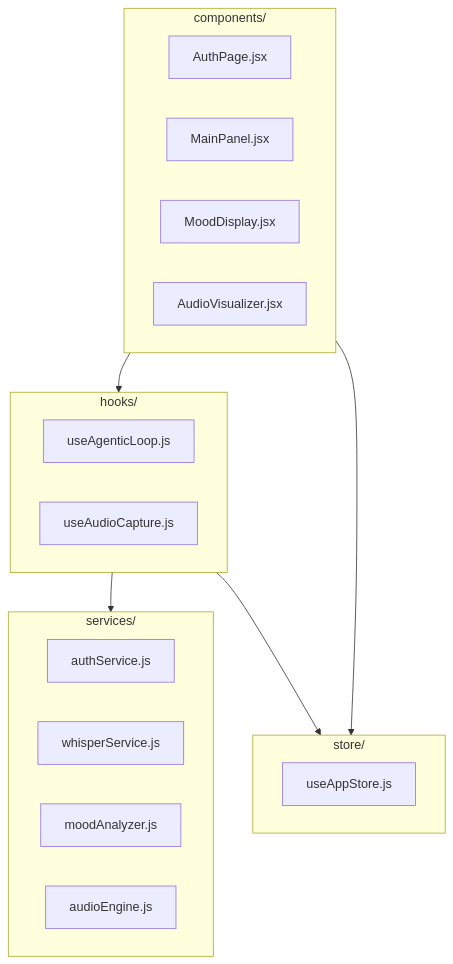
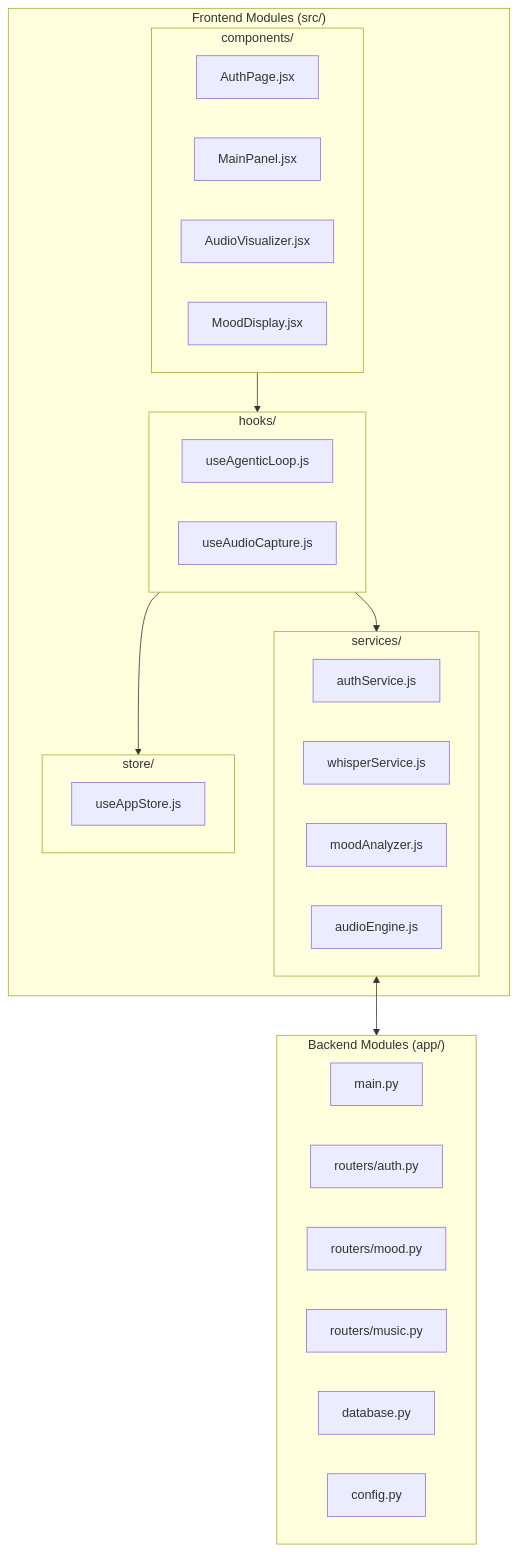
Before and after one commit to Djungarik/MastersDiploma: the third of 15 diagrams in Кваліфікаційна_робота_магістра.md, drawn with Mermaid. The commit also changed other lines of this file and 125 other files, not shown here.

First line of the commit message:
Thesis review fixes: sequential audio transitions, tests, experiments, diagrams

````diff
--- a/Кваліфікаційна_робота_магістра.md
+++ b/Кваліфікаційна_робота_магістра.md
@@ -612,30 +521,41 @@
 ```mermaid
 flowchart TB
-    subgraph Components["components/"]
-        AuthPage["AuthPage.jsx"]
-        MainPanel["MainPanel.jsx"]
-        MoodDisplay["MoodDisplay.jsx"]
-        AudioVisualizer["AudioVisualizer.jsx"]
+    subgraph FrontendModules["Frontend Modules (src/)"]
+        subgraph UIComp["components/"]
+            AuthPanel["AuthPage.jsx"]
+            MainPanel["MainPanel.jsx"]
+            Visualizer["AudioVisualizer.jsx"]
+            MoodView["MoodDisplay.jsx"]
+        end
+
+        subgraph ServLayer["services/"]
+            AuthServ["authService.js"]
+            WhispServ["whisperService.js"]
+            MoodServ["moodAnalyzer.js"]
+            AudioEngineServ["audioEngine.js"]
+        end
+
+        subgraph HookLayer["hooks/"]
+            LoopHook["useAgenticLoop.js"]
+            CapHook["useAudioCapture.js"]
+        end
+
+        subgraph StoreLayer["store/"]
+            AppStore["useAppStore.js"]
+        end
     end
 
-    subgraph Services["services/"]
-        authService["authService.js"]
-        whisperService["whisperService.js"]
-        moodAnalyzer["moodAnalyzer.js"]
-        audioEngine["audioEngine.js"]
+    subgraph BackendModules["Backend Modules (app/)"]
+        MainApp["main.py"]
+        AuthRouter["routers/auth.py"]
+        MoodRouter["routers/mood.py"]
+        MusicRouter["routers/music.py"]
+        DBMod["database.py"]
+        ConfigMod["config.py"]
     end
 
-    subgraph Hooks["hooks/"]
-        useAgenticLoop["useAgenticLoop.js"]
-        useAudioCapture["useAudioCapture.js"]
-    end
-
-    subgraph Store["store/"]
-        useAppStore["useAppStore.js"]
-    end
-
-    Components --> Hooks
-    Hooks --> Services
-    Hooks --> Store
-    Components --> Store
+    UIComp --> HookLayer
+    HookLayer --> ServLayer
+    HookLayer --> StoreLayer
+    ServLayer <--> BackendModules
 ```
````
